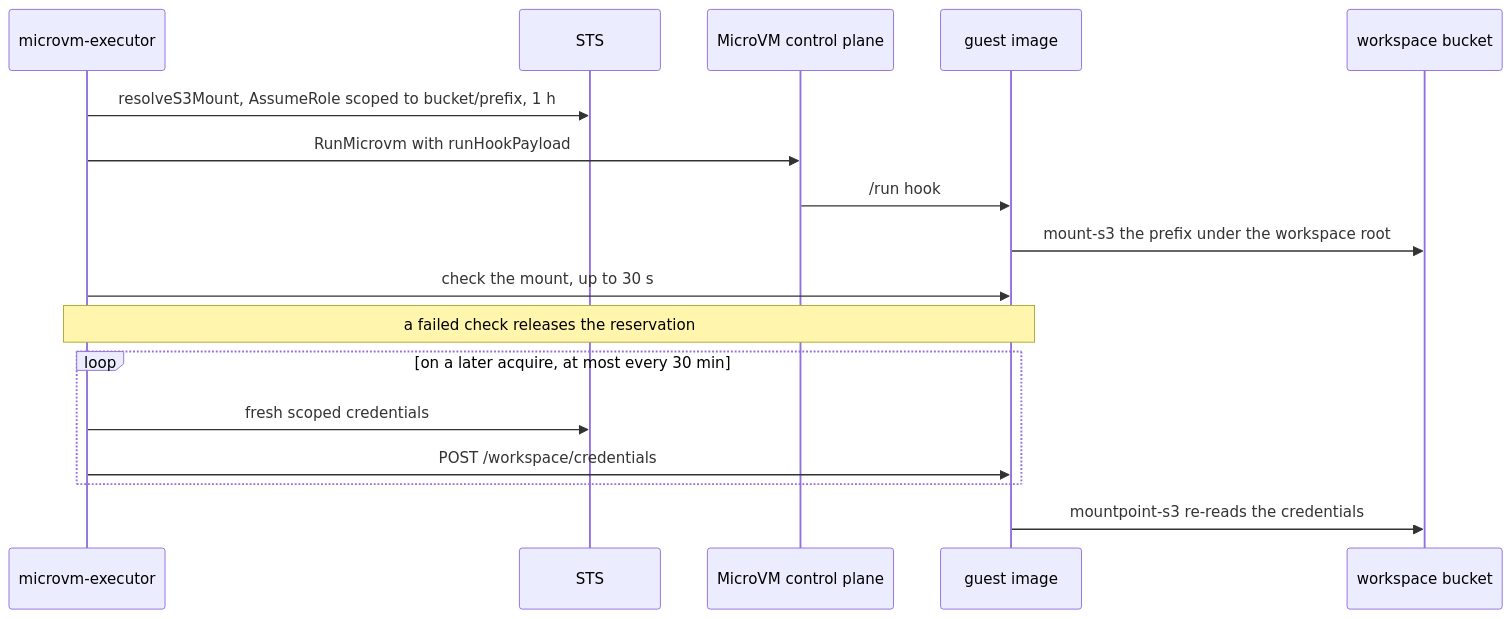
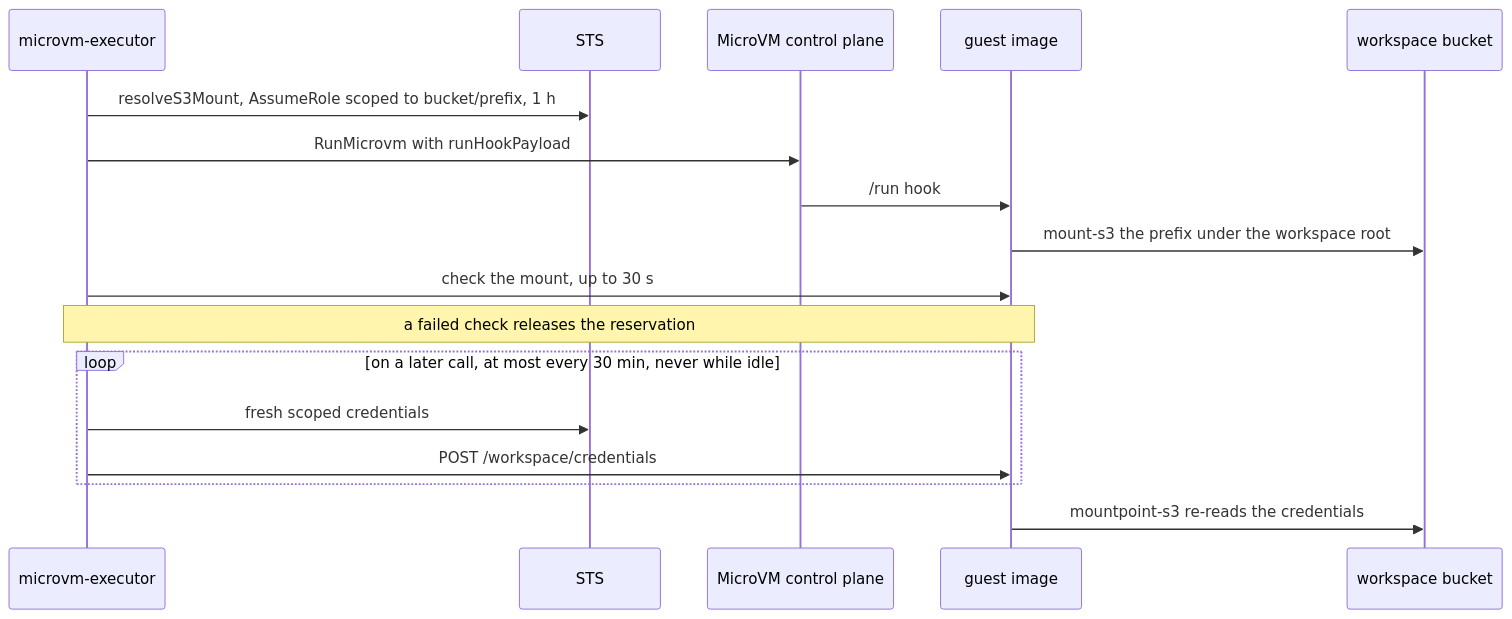
Before and after one commit to beeblastco/broods: the fourth of 11 diagrams in apps/docs/docs/internals/sandboxes.md, drawn with Mermaid. The commit also changed other lines of this file and 2 other files, not shown here.

Commit message:
docs(sandboxes): fix diagram details from review
Background jobs only branch off a workspace run, maxLifetimeSeconds
shows on the next call, mount credentials refresh only on a later call,
and the MCP diagram shows onCreate and routes the reply through
mcp/sandbox.ts.

Claude-Session: https://claude.ai/code/session_01AnPpAmH9BBFbkDwi1YgEjF

````diff
--- a/apps/docs/docs/internals/sandboxes.md
+++ b/apps/docs/docs/internals/sandboxes.md
@@ -118,20 +118,20 @@
 ```mermaid
 sequenceDiagram
   participant E as microvm-executor
   participant STS as STS
   participant CP as MicroVM control plane
   participant VM as guest image
   participant S3 as workspace bucket
 
   E->>STS: resolveS3Mount, AssumeRole scoped to bucket/prefix, 1 h
   E->>CP: RunMicrovm with runHookPayload
   CP->>VM: /run hook
   VM->>S3: mount-s3 the prefix under the workspace root
   E->>VM: check the mount, up to 30 s
   Note over E,VM: a failed check releases the reservation
-  loop on a later acquire, at most every 30 min
+  loop on a later call, at most every 30 min, never while idle
     E->>STS: fresh scoped credentials
     E->>VM: POST /workspace/credentials
   end
   VM->>S3: mountpoint-s3 re-reads the credentials
 ```
````
